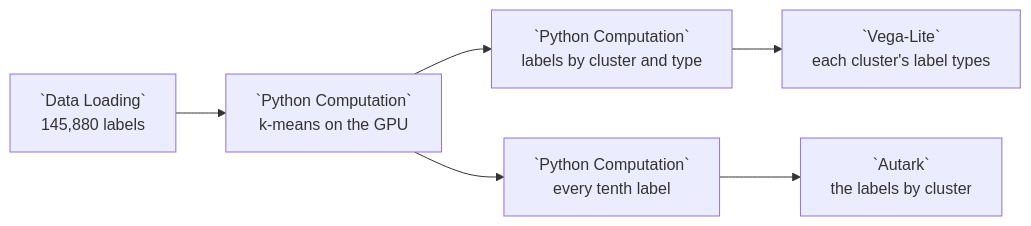
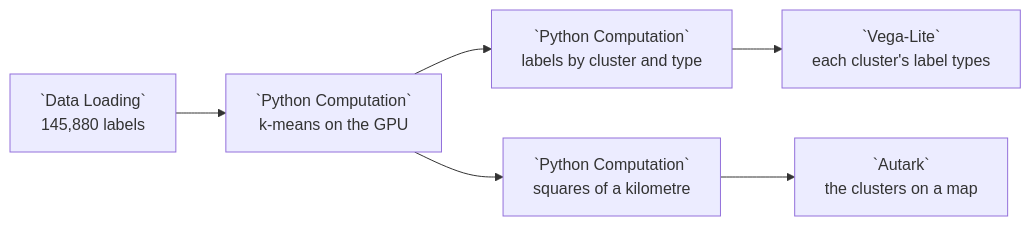
Before and after one commit to urban-toolkit/curio: the diagram in docs/examples/30-pytorch-sidewalk-clusters.md, drawn with Mermaid. The commit also changed other lines of this file and 9 other files, not shown here.

Commit message:
Example 30 maps its clusters in squares, 29's chart fits its node, the isolated test reads its zygote

````diff
--- a/docs/examples/30-pytorch-sidewalk-clusters.md
+++ b/docs/examples/30-pytorch-sidewalk-clusters.md
@@ -9,8 +9,8 @@
 ```mermaid
 flowchart LR
   L[`Data Loading`<br/>145,880 labels] --> K[`Python Computation`<br/>k-means on the GPU]
   K --> N[`Python Computation`<br/>labels by cluster and type]
   N --> C[`Vega-Lite`<br/>each cluster's label types]
-  K --> T[`Python Computation`<br/>every tenth label]
-  T --> M[`Autark`<br/>the labels by cluster]
+  K --> Q[`Python Computation`<br/>squares of a kilometre]
+  Q --> M[`Autark`<br/>the clusters on a map]
 ```
````
